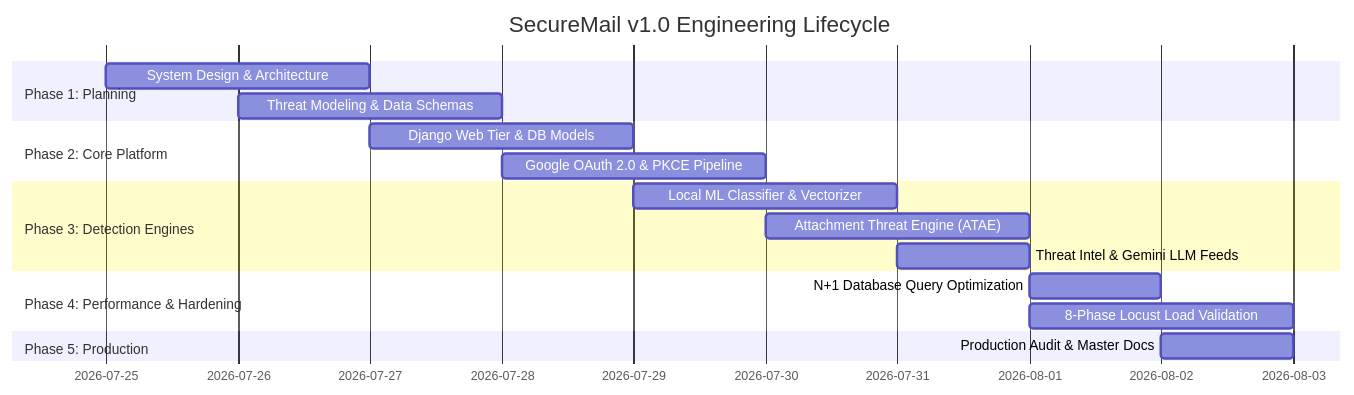
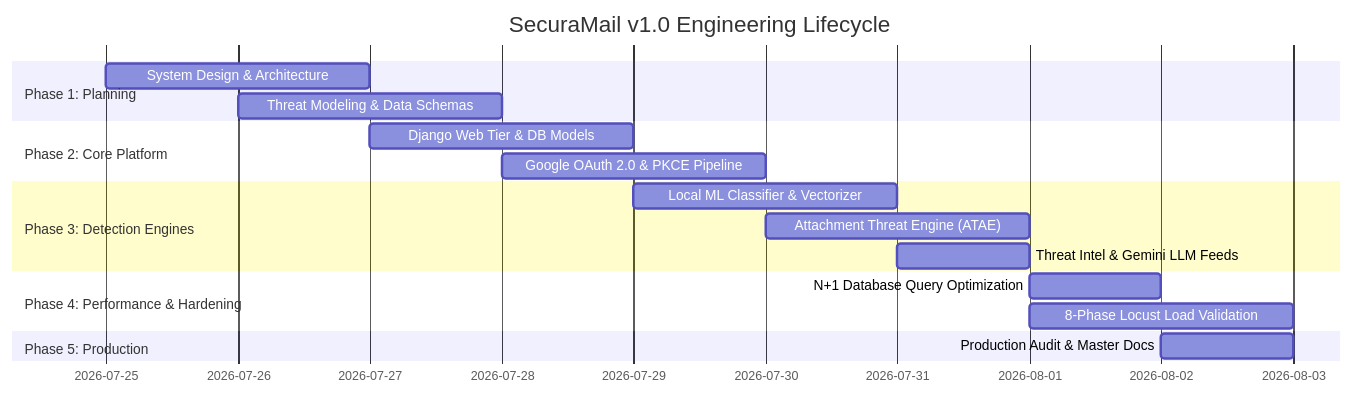
Before and after one commit to YuvrajSingh-21/SecureMail: the diagram in docs/PROJECT_TIMELINE.md, drawn with Mermaid. The commit also changed other lines of this file and 42 other files, not shown here.

Commit message:
feat: rebrand SecureMail to SecuraMail

````diff
--- a/docs/PROJECT_TIMELINE.md
+++ b/docs/PROJECT_TIMELINE.md
@@ -7,20 +7,20 @@
 ```mermaid
 gantt
-    title SecureMail v1.0 Engineering Lifecycle
+    title SecuraMail v1.0 Engineering Lifecycle
     dateFormat  YYYY-MM-DD
     section Phase 1: Planning
     System Design & Architecture        :2026-07-25, 2d
     Threat Modeling & Data Schemas      :2026-07-26, 2d
     section Phase 2: Core Platform
     Django Web Tier & DB Models         :2026-07-27, 2d
     Google OAuth 2.0 & PKCE Pipeline    :2026-07-28, 2d
     section Phase 3: Detection Engines
     Local ML Classifier & Vectorizer    :2026-07-29, 2d
     Attachment Threat Engine (ATAE)     :2026-07-30, 2d
     Threat Intel & Gemini LLM Feeds     :2026-07-31, 1d
     section Phase 4: Performance & Hardening
     N+1 Database Query Optimization     :2026-08-01, 1d
     8-Phase Locust Load Validation      :2026-08-01, 2d
     section Phase 5: Production
     Production Audit & Master Docs      :2026-08-02, 1d
 ```
````
